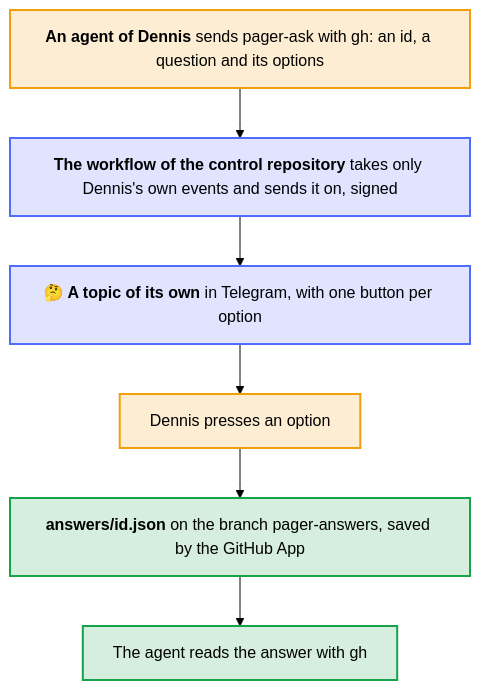
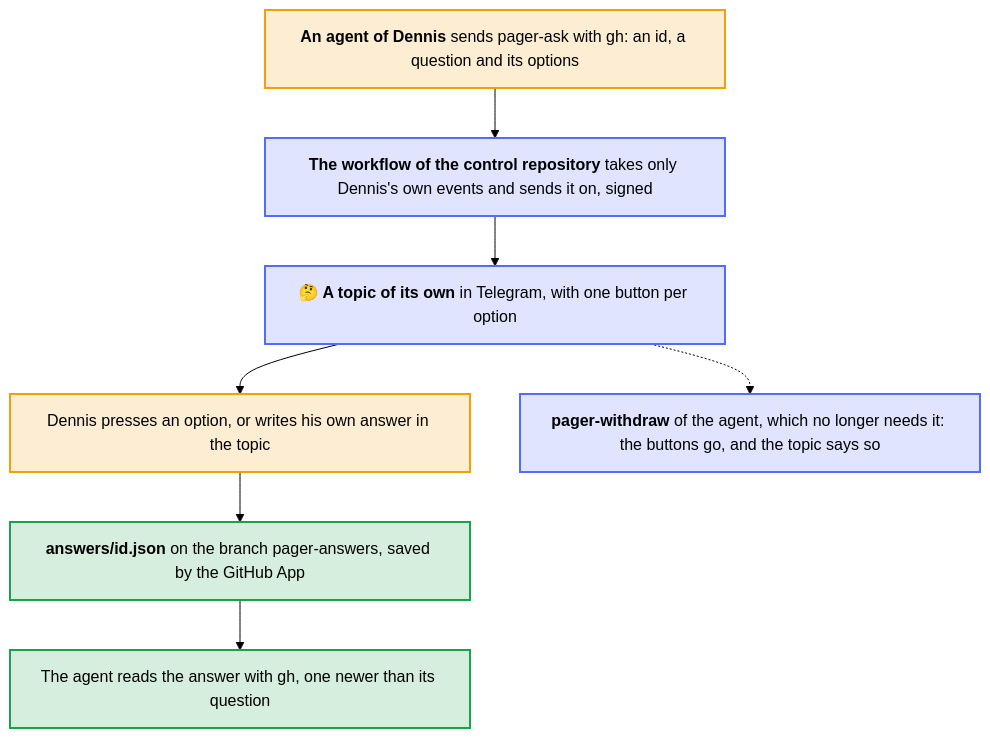
One commit to Dennis-Otto/dennis-otto-pager changed the diagram in docs/diagrams/a-question-of-an-agent.mmd. Above: the diagram before and after it, drawn with Mermaid (forest theme). The commit also changed 22 other files, not shown here.

First line of the commit message:
feat: Dennis can answer a decision in his own words, and an agent can take a question back (#78)

```diff
--- a/docs/diagrams/a-question-of-an-agent.mmd
+++ b/docs/diagrams/a-question-of-an-agent.mmd
@@ -1,24 +1,26 @@
 ---
 config:
   flowchart:
     wrappingWidth: 400
 ---
 flowchart TB
     accTitle: A question of an agent
-    accDescr: An agent of Dennis, such as an orchestrator on his PC, sends the event pager-ask with gh to the private control repository, with an id, a question and two to four options. Its workflow takes only an event of Dennis himself, checks it and sends it to the Worker, signed. The pager opens a topic for the question, with one button per option. Dennis presses one, and the GitHub App saves his answer as answers/id.json on the branch pager-answers of the control repository. The agent reads it there with gh, without a secret of its own.
+    accDescr: An agent of Dennis, such as an orchestrator on his PC, sends the event pager-ask with gh to the private control repository, with an id, a question and two to four options. Its workflow takes only an event of Dennis himself, checks it and sends it to the Worker, signed. The pager opens a topic for the question, with one button per option. Dennis presses one, or writes his own answer in the topic, and the GitHub App saves it as answers/id.json on the branch pager-answers of the control repository. The agent reads it there with gh, without a secret of its own, and wait takes only an answer newer than the question. An agent that no longer needs the answer sends pager-withdraw: the buttons go, and the topic says that it took the question back.
 
     agent["`**An agent of Dennis** sends pager-ask with gh: an id, a question and its options`"]
     control["`**The workflow of the control repository** takes only Dennis's own events and sends it on, signed`"]
     topic["`**🤔 A topic of its own** in Telegram, with one button per option`"]
-    press["Dennis presses an option"]
+    press["Dennis presses an option, or writes his own answer in the topic"]
     saved["`**answers/id.json** on the branch pager-answers, saved by the GitHub App`"]
-    read["The agent reads the answer with gh"]
+    read["The agent reads the answer with gh, one newer than its question"]
+    back["`**pager-withdraw** of the agent, which no longer needs it: the buttons go, and the topic says so`"]
 
     agent --> control --> topic --> press --> saved --> read
+    topic -.-> back
 
     classDef you fill:#f59e0b2e,stroke:#f59e0b,stroke-width:2px
     classDef bot fill:#526cfe2e,stroke:#526cfe,stroke-width:2px
     classDef done fill:#16a34a2e,stroke:#16a34a,stroke-width:2px
     class agent,press you
-    class control,topic bot
+    class control,topic,back bot
     class saved,read done
```
